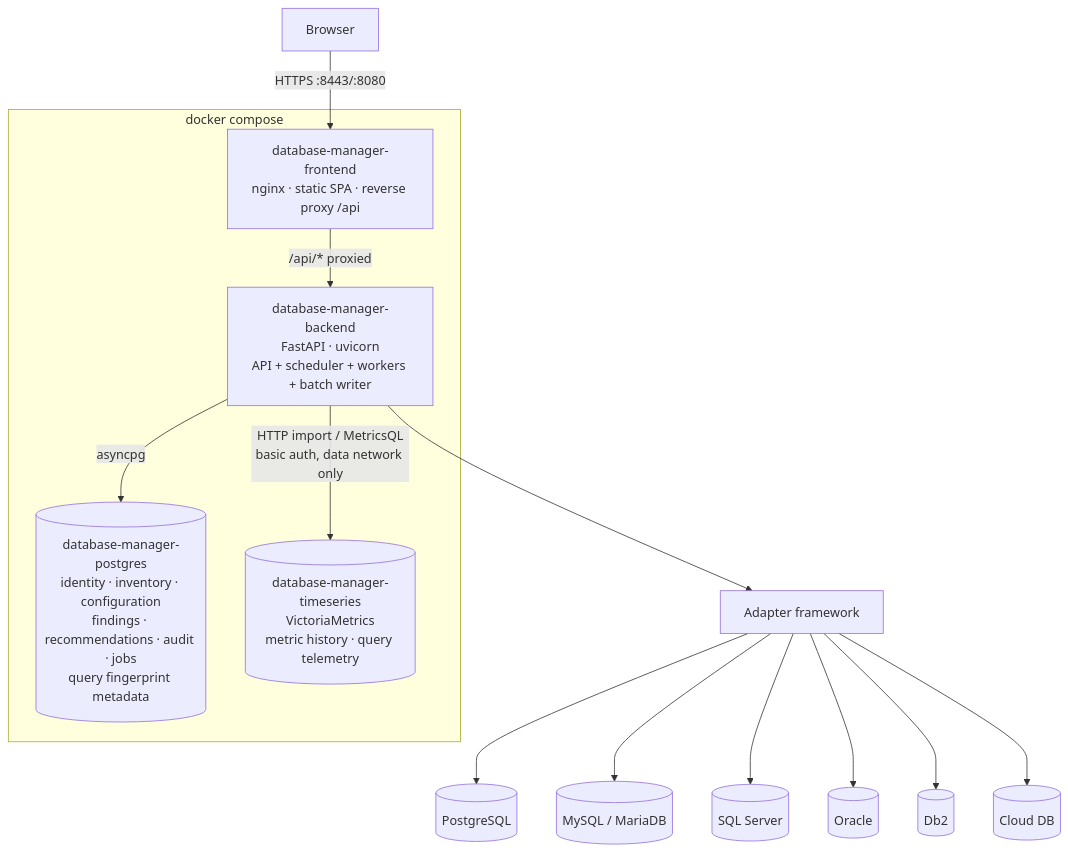
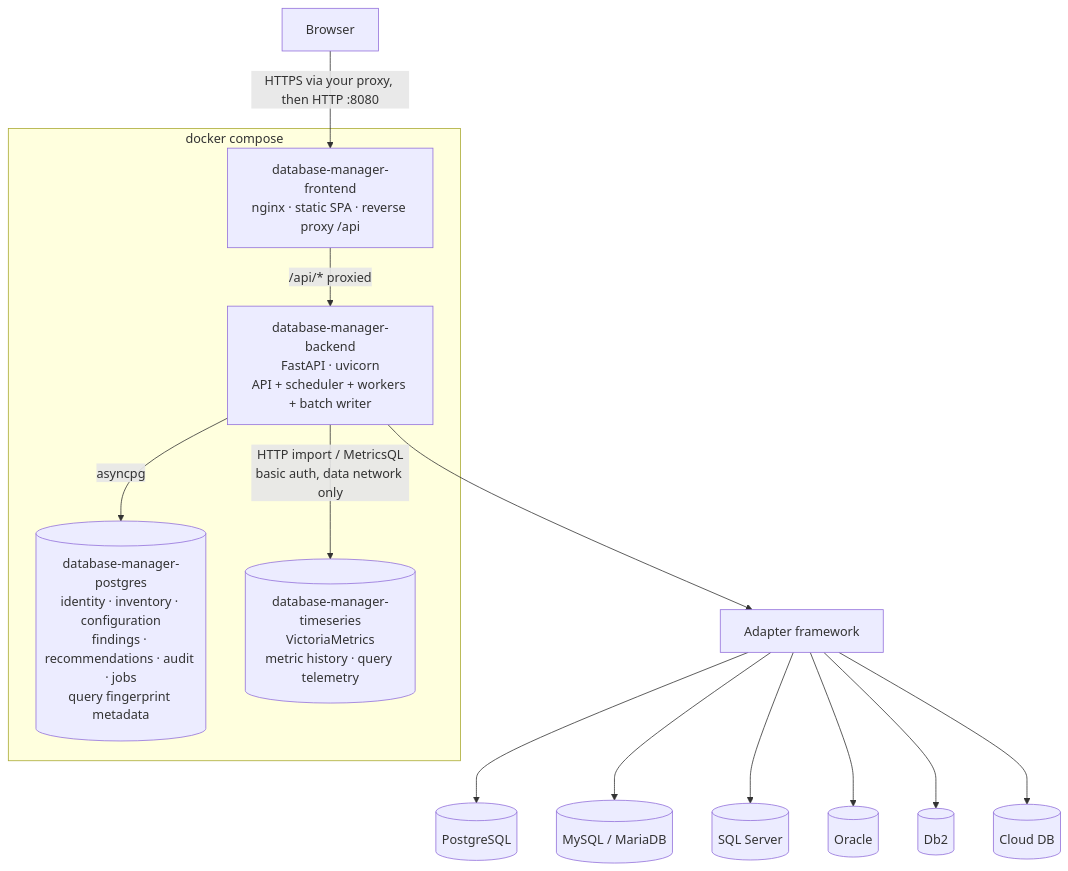
The second of 10 diagrams in docs/architecture/design-document.md (hbenabdalla/dbmanager), drawn with Mermaid before and after one commit. The commit also changed other lines of this file and 114 other files, not shown here.

````diff
--- a/docs/architecture/design-document.md
+++ b/docs/architecture/design-document.md
@@ -85,20 +97,20 @@
 ```mermaid
 flowchart TB
-    Browser -->|HTTPS :8443/:8080| FE
+    Browser -->|HTTPS via your proxy, then HTTP :8080| FE
     subgraph compose[docker compose]
       FE[database-manager-frontend<br/>nginx · static SPA · reverse proxy /api]
       BE[database-manager-backend<br/>FastAPI · uvicorn<br/>API + scheduler + workers + batch writer]
       PG[(database-manager-postgres<br/>identity · inventory · configuration<br/>findings · recommendations · audit · jobs<br/>query fingerprint metadata)]
       TS[(database-manager-timeseries<br/>VictoriaMetrics<br/>metric history · query telemetry)]
     end
     FE -->|/api/* proxied| BE
     BE -->|asyncpg| PG
     BE -->|HTTP import / MetricsQL<br/>basic auth, data network only| TS
     BE --> AF[Adapter framework]
     AF --> T1[(PostgreSQL)]
     AF --> T2[(MySQL / MariaDB)]
     AF --> T3[(SQL Server)]
     AF --> T4[(Oracle)]
     AF --> T5[(Db2)]
     AF --> T6[(Cloud DB)]
 ```
````
